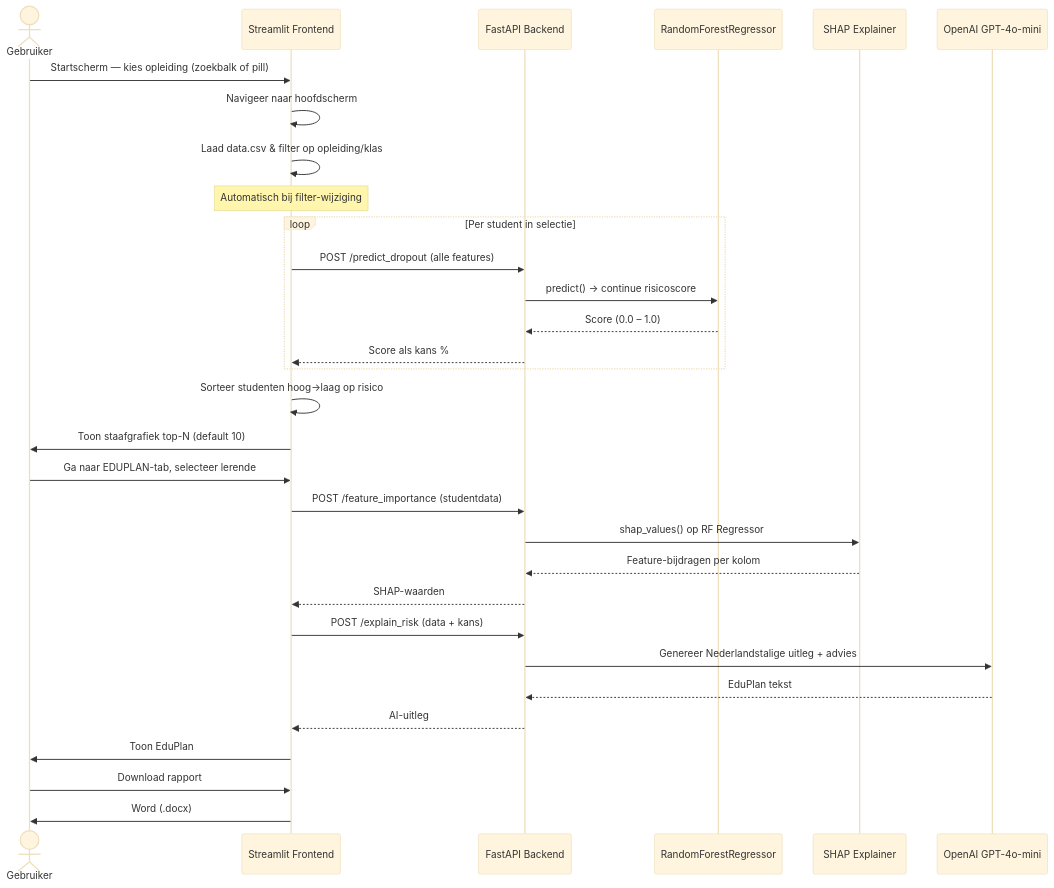
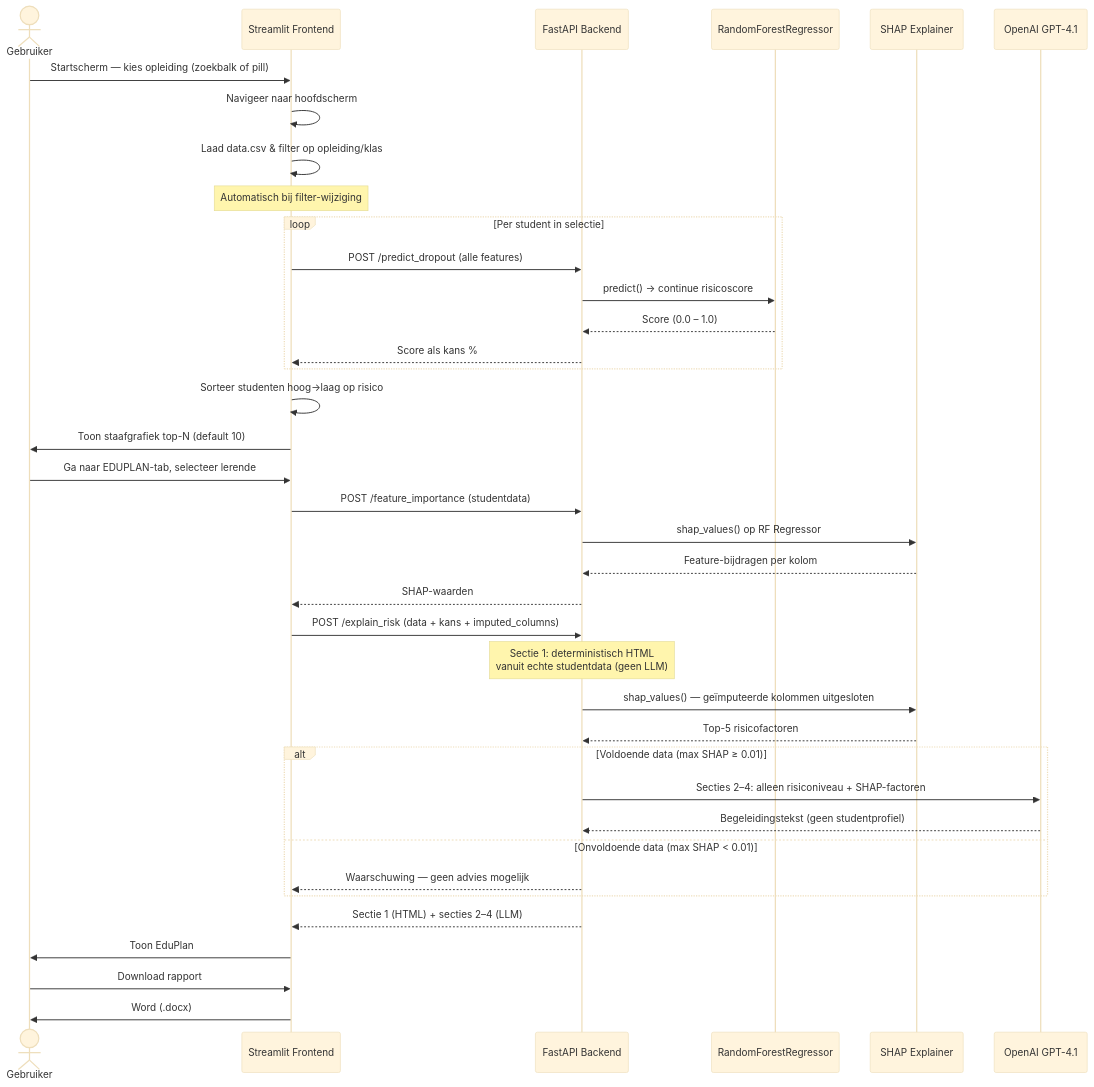
The second of 2 diagrams in edupulse/docs/architectuur.md (cedanl/Assistentie), drawn with Mermaid (base theme) before and after one commit. The commit also changed other lines of this file and 1 other file, not shown here.

First line of the commit message:
Docs: update CLAUDE.md en architectuur.md voor anti-hallucinatie EduPlan

````diff
--- a/edupulse/docs/architectuur.md
+++ b/edupulse/docs/architectuur.md
@@ -54,40 +54,47 @@
 ```mermaid
 sequenceDiagram
     actor Gebruiker
     participant FE as Streamlit Frontend
     participant BE as FastAPI Backend
     participant RF as RandomForestRegressor
     participant SHAP as SHAP Explainer
-    participant GPT as OpenAI GPT-4o-mini
+    participant GPT as OpenAI GPT-4.1
 
     Gebruiker->>FE: Startscherm — kies opleiding (zoekbalk of pill)
     FE->>FE: Navigeer naar hoofdscherm
 
     FE->>FE: Laad data.csv & filter op opleiding/klas
     note over FE: Automatisch bij filter-wijziging
 
     loop Per student in selectie
         FE->>BE: POST /predict_dropout (alle features)
         BE->>RF: predict() → continue risicoscore
         RF-->>BE: Score (0.0 – 1.0)
         BE-->>FE: Score als kans %
     end
 
     FE->>FE: Sorteer studenten hoog→laag op risico
     FE->>Gebruiker: Toon staafgrafiek top-N (default 10)
 
     Gebruiker->>FE: Ga naar EDUPLAN-tab, selecteer lerende
     FE->>BE: POST /feature_importance (studentdata)
     BE->>SHAP: shap_values() op RF Regressor
     SHAP-->>BE: Feature-bijdragen per kolom
     BE-->>FE: SHAP-waarden
 
-    FE->>BE: POST /explain_risk (data + kans)
-    BE->>GPT: Genereer Nederlandstalige uitleg + advies
-    GPT-->>BE: EduPlan tekst
-    BE-->>FE: AI-uitleg
+    FE->>BE: POST /explain_risk (data + kans + imputed_columns)
+    note over BE: Sectie 1: deterministisch HTML<br>vanuit echte studentdata (geen LLM)
+    BE->>SHAP: shap_values() — geïmputeerde kolommen uitgesloten
+    SHAP-->>BE: Top-5 risicofactoren
+    alt Voldoende data (max SHAP ≥ 0.01)
+        BE->>GPT: Secties 2–4: alleen risiconiveau + SHAP-factoren
+        GPT-->>BE: Begeleidingstekst (geen studentprofiel)
+    else Onvoldoende data (max SHAP < 0.01)
+        BE-->>FE: Waarschuwing — geen advies mogelijk
+    end
+    BE-->>FE: Sectie 1 (HTML) + secties 2–4 (LLM)
     FE->>Gebruiker: Toon EduPlan
 
     Gebruiker->>FE: Download rapport
     FE->>Gebruiker: Word (.docx)
 ```
````
